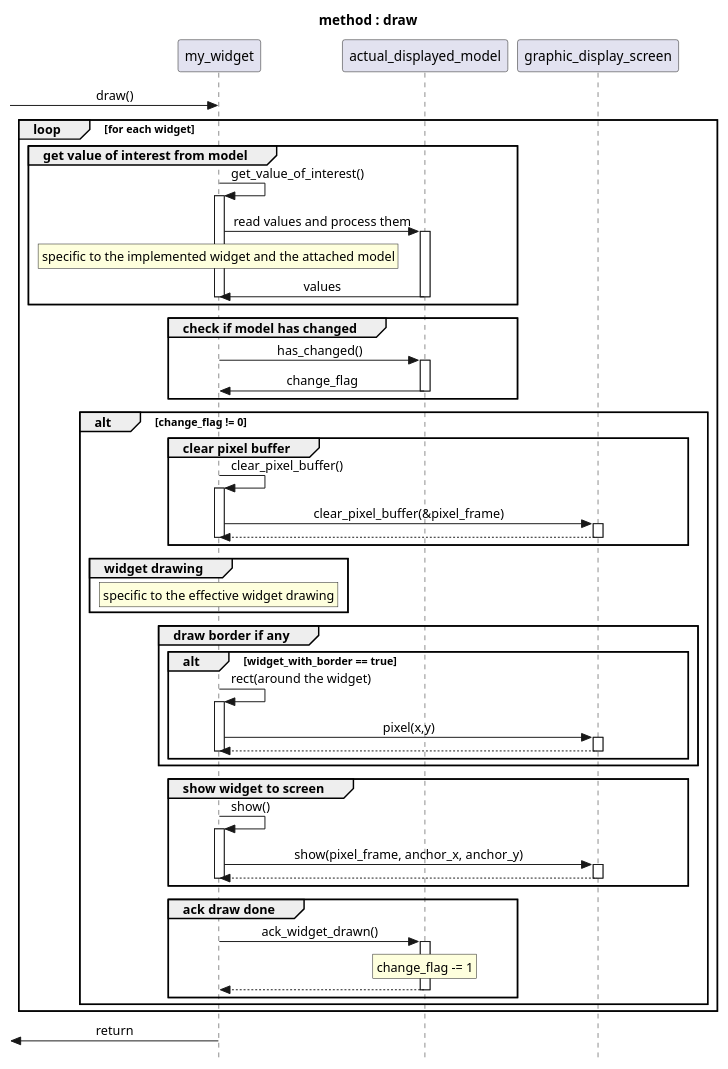
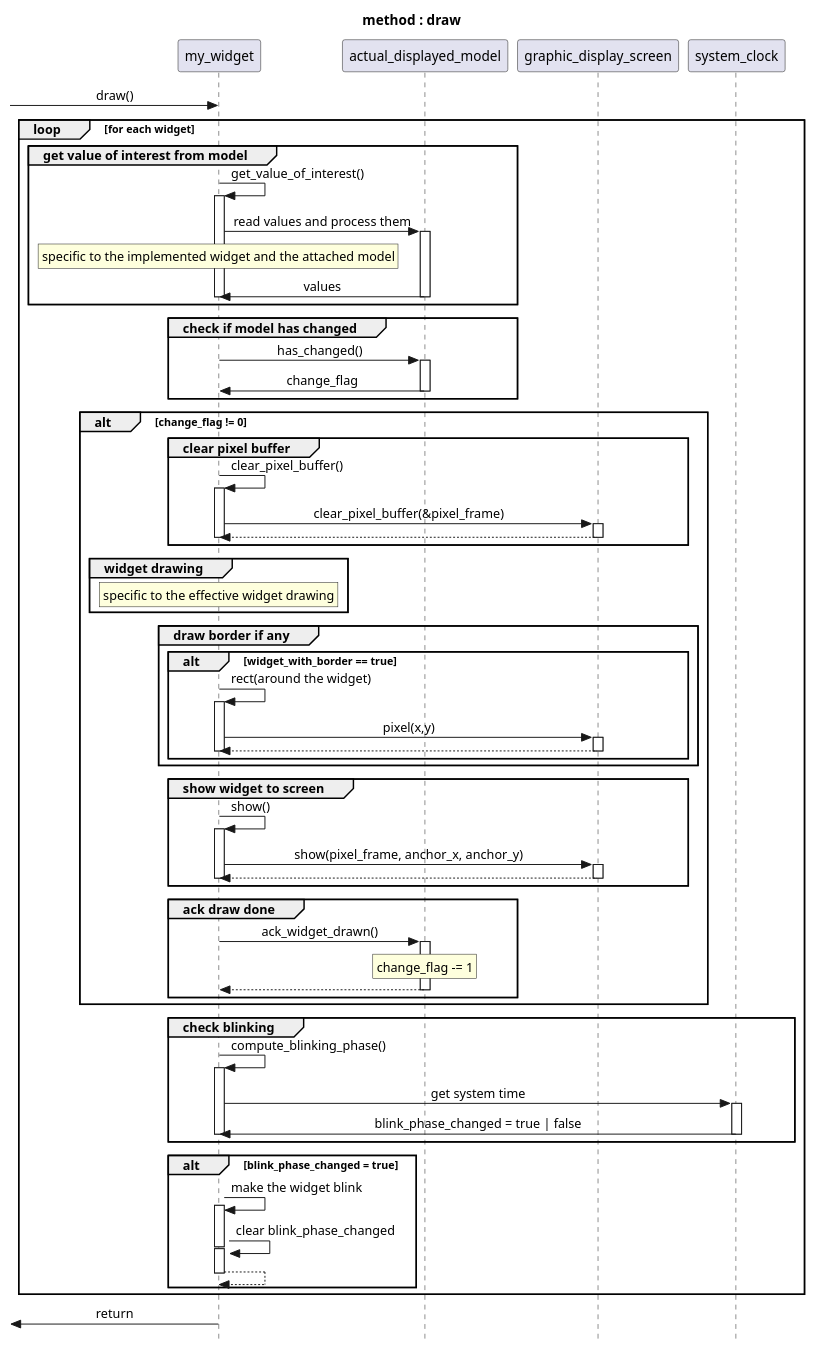
The second of 2 diagrams in docs/uml/draw_if_changed_scenario.puml (xiansnn/CPP_DevKit2), drawn with PlantUML before and after one commit. The commit also changed other lines of this file and 5 other files, not shown here.

Commit message:
update uml

```diff
--- a/docs/uml/draw_if_changed_scenario.puml
+++ b/docs/uml/draw_if_changed_scenario.puml
@@ -74,55 +82,73 @@
 @startuml draw
 title method : draw
 skinparam style strictuml
 skinparam SequenceMessageAlignment center
 
 [-> my_widget : draw()
     
 loop for each widget
 group get value of interest from model
 my_widget->my_widget ++: get_value_of_interest()
 actual_displayed_model <- my_widget ++: read values and process them
 rnote over my_widget : specific to the implemented widget and the attached model
 actual_displayed_model -> my_widget --: values
 deactivate my_widget
 end
 group check if model has changed
 actual_displayed_model <- my_widget ++: has_changed()
 actual_displayed_model -> my_widget --: change_flag
 end
+
 alt change_flag != 0
 
 group clear pixel buffer
 my_widget -> my_widget ++: clear_pixel_buffer()
 my_widget -> graphic_display_screen ++: clear_pixel_buffer(&pixel_frame)
 return
 deactivate my_widget
+
 end
 group widget drawing
 rnote over my_widget : specific to the effective widget drawing
 end
 
 group draw border if any
 alt widget_with_border == true
 my_widget -> my_widget ++: rect(around the widget)
 my_widget -> graphic_display_screen ++: pixel(x,y)
 return
 deactivate my_widget
 end
 end
+
 group show widget to screen
 my_widget-> my_widget ++ : show()
 my_widget -> graphic_display_screen ++: show(pixel_frame, anchor_x, anchor_y)
 return
 deactivate my_widget
 end
 
 group ack draw done 
 my_widget -> actual_displayed_model ++: ack_widget_drawn()
 rnote over actual_displayed_model : change_flag -= 1
 return
 end
 end
+
+group check blinking
+my_widget -> my_widget ++ : compute_blinking_phase()
+my_widget -> system_clock ++ : get system time
+my_widget <- system_clock --: blink_phase_changed = true | false
+deactivate my_widget
+end
+
+alt blink_phase_changed = true
+my_widget -> my_widget --++: make the widget blink
+my_widget -> my_widget --++: clear blink_phase_changed
+return
+deactivate my_widget
+end
+
 end
 [<- my_widget: return
 @enduml
```
